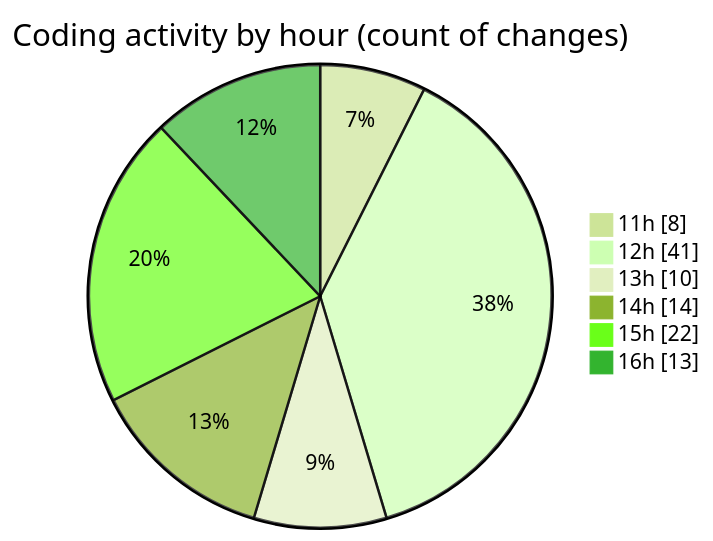
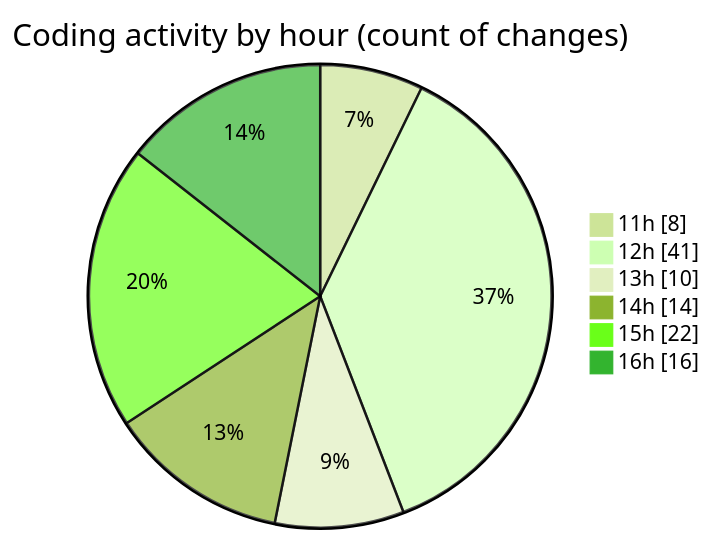
One commit to BS-eng2023/code-tracking changed the second of 2 diagrams in 2025-05-04/project/README.md. Above: the diagram before and after it, drawn with Mermaid (forest theme). The commit also changed other lines of this file and 1 other file, not shown here.

````diff
--- a/2025-05-04/project/README.md
+++ b/2025-05-04/project/README.md
@@ -51,10 +51,10 @@
 ```mermaid
 pie showData
 title Coding activity by hour (count of changes)
 "11h" : 8
 "12h" : 41
 "13h" : 10
 "14h" : 14
 "15h" : 22
-"16h" : 13
+"16h" : 16
 ```
````
